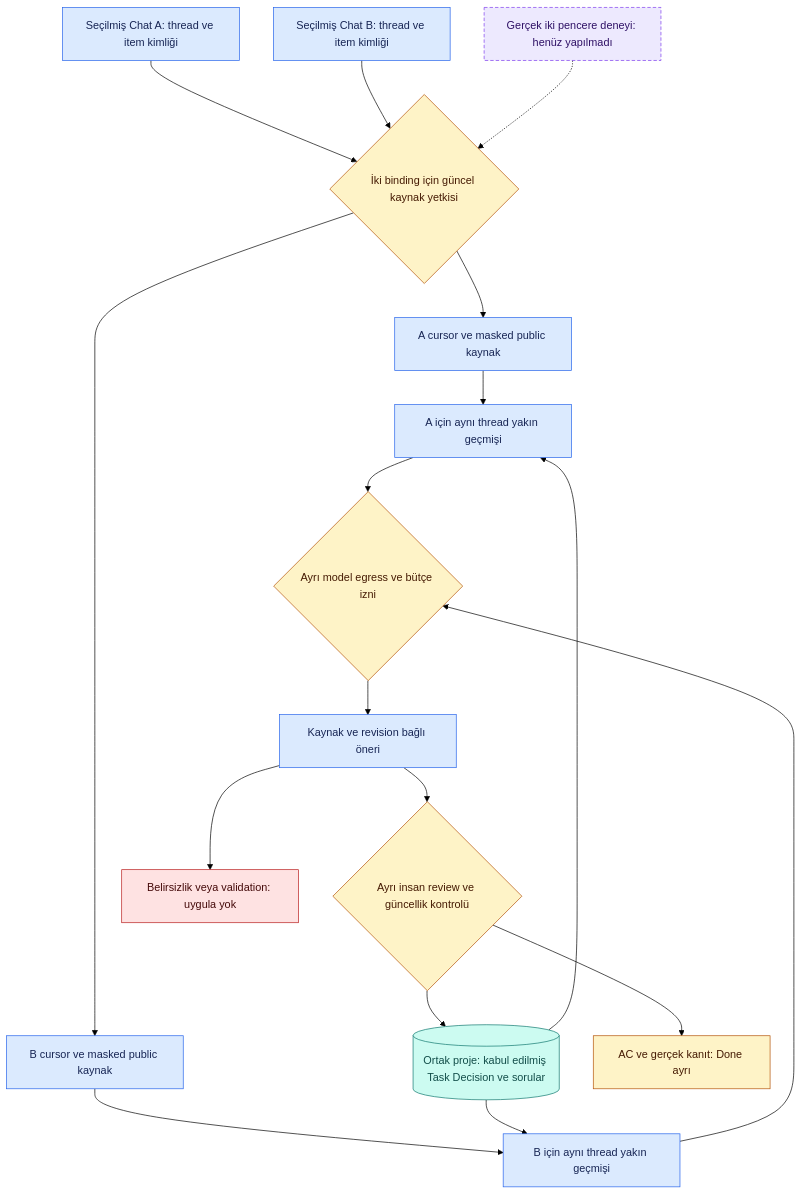
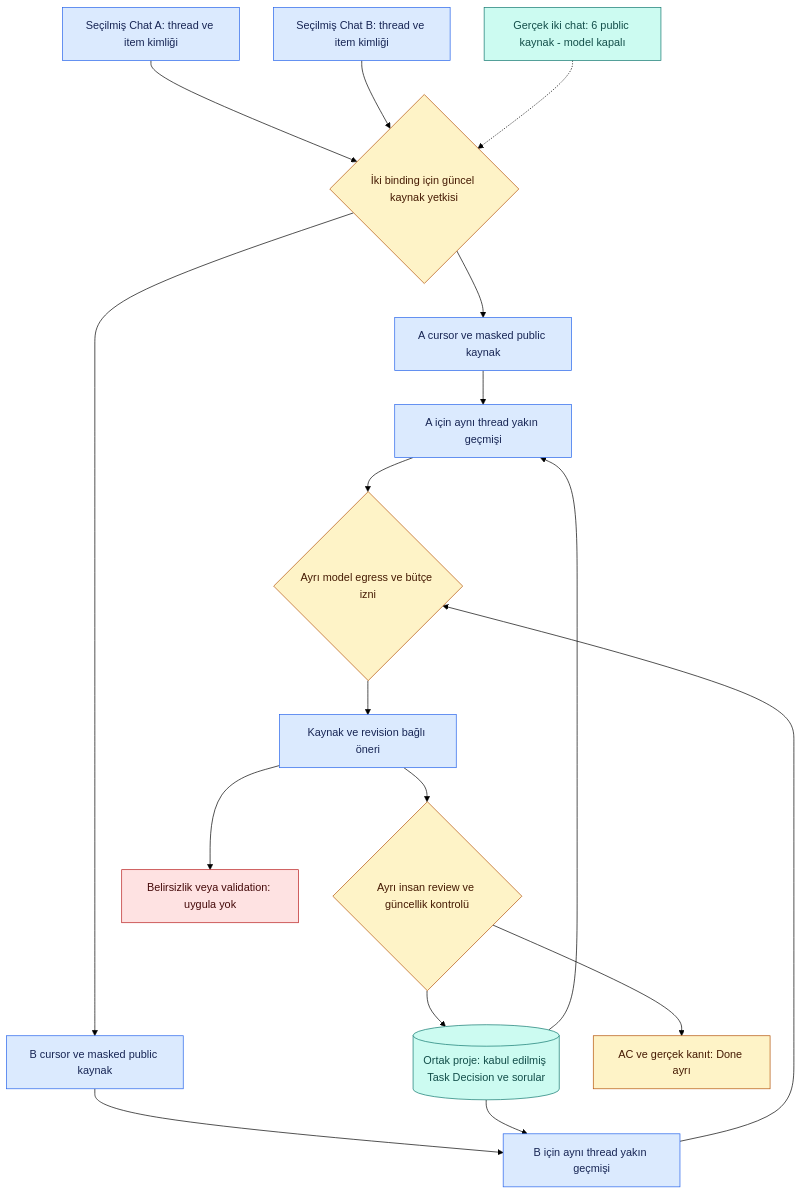
One commit to alphanAkbulut/decivora changed the diagram in docs/quality/native-two-chat-review.md. Above: the diagram before and after it, drawn with Mermaid (forest theme). The commit also changed other lines of this file and 9 other files, not shown here.

````diff
--- a/docs/quality/native-two-chat-review.md
+++ b/docs/quality/native-two-chat-review.md
@@ -64,31 +68,31 @@
 ```mermaid
 flowchart TD
   accTitle: İki seçilmiş Codex sohbeti ve ortak proje hafızası
-  accDescr: Çoklu toplama ve reconnect düzeltmesi yerel kodla sınandı. Gerçek iki pencere kabulü owner kaynak izni bekler. Ham geçmişler ayrıdır, kabul edilmiş proje kayıtları ortaktır; model önerisi otomatik uygulama değildir.
+  accDescr: Çoklu toplama ve reconnect düzeltmesi yerel kodla sınandı. İki gerçek pencereden6public kaynak alındı; semantik model kabulü yapılmadı. Ham geçmişler ayrıdır, kabul edilmiş proje kayıtları ortaktır; model önerisi otomatik uygulama değildir.
   A[Seçilmiş Chat A: thread ve item kimliği] --> G{İki binding için güncel kaynak yetkisi}
   B[Seçilmiş Chat B: thread ve item kimliği] --> G
   G --> CA[A cursor ve masked public kaynak]
   G --> CB[B cursor ve masked public kaynak]
   CA --> RA[A için aynı thread yakın geçmişi]
   CB --> RB[B için aynı thread yakın geçmişi]
   K[(Ortak proje: kabul edilmiş Task Decision ve sorular)] --> RA
   K --> RB
   RA --> M{Ayrı model egress ve bütçe izni}
   RB --> M
   M --> P[Kaynak ve revision bağlı öneri]
   P --> H{Ayrı insan review ve güncellik kontrolü}
   H --> K
   H --> V[AC ve gerçek kanıt: Done ayrı]
   P --> X[Belirsizlik veya validation: uygula yok]
-  N[Gerçek iki pencere deneyi: henüz yapılmadı] -.-> G
+  N[Gerçek iki chat: 6 public kaynak - model kapalı] -.-> G
   classDef source fill:#dbeafe,stroke:#2563eb,color:#172554
   classDef gate fill:#fef3c7,stroke:#b45309,color:#451a03
   classDef store fill:#ccfbf1,stroke:#0f766e,color:#134e4a
   classDef pending fill:#ede9fe,stroke:#7c3aed,color:#2e1065,stroke-dasharray:5 3
   classDef warning fill:#fee2e2,stroke:#b91c1c,color:#450a0a
   class A,B,CA,CB,RA,RB,P source
   class G,M,H,V gate
   class K store
-  class N pending
+  class N store
   class X warning
 ```
````
